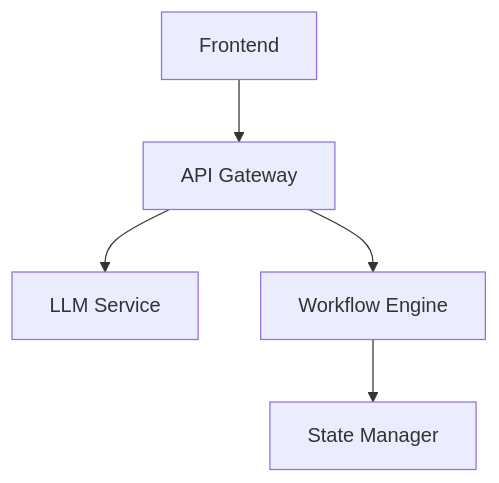
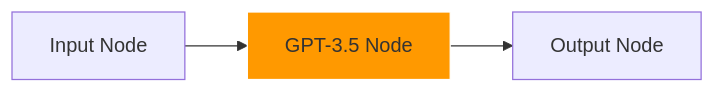
The diagram in Documentation.md (ANTHATIKARTHIK/Drag-and-Drop-Workflow-UI-for-LLM-Applications), drawn with Mermaid before and after one commit. The commit also changed other lines of this file, not shown here.

````diff
--- a/Documentation.md
+++ b/Documentation.md
@@ -64,7 +29,6 @@
 ```mermaid
-graph TD
-    A[Frontend] --> B[API Gateway]
-    B --> C[LLM Service]
-    B --> D[Workflow Engine]
-    D --> E[State Manager]
+graph LR
+    A[Input Node] --> B[GPT-3.5 Node]
+    B --> C[Output Node]
+    style B fill:#ff9900,stroke:#fff
 ```
````
